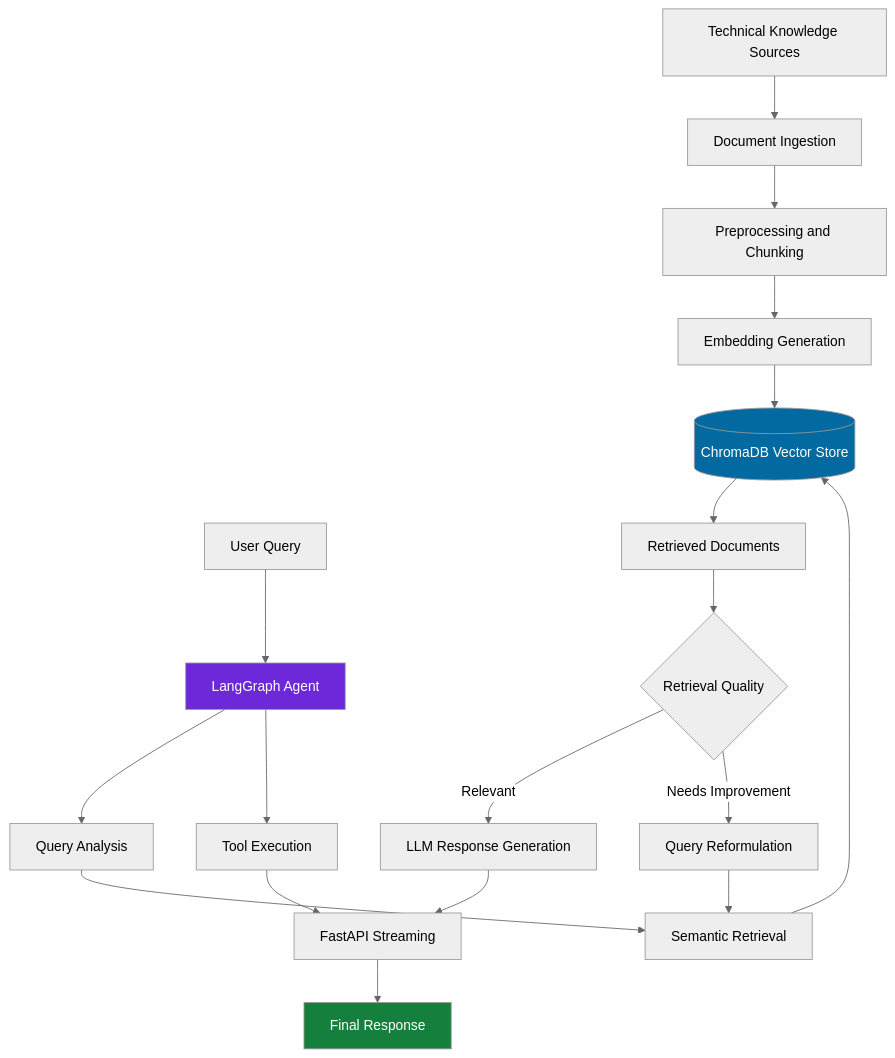
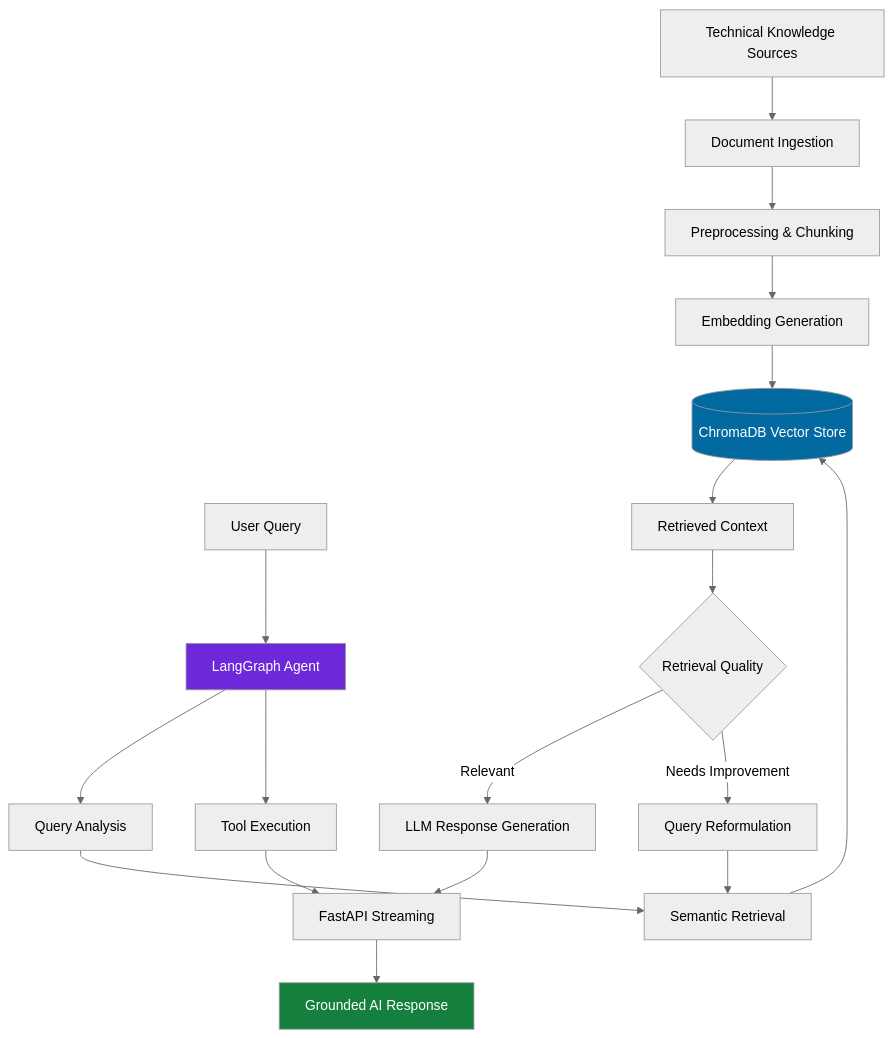
Before and after one commit to Chaman4211/enterprise-agentic-rag-system: the second of 2 diagrams in README.md, drawn with Mermaid (neutral theme). The commit also changed other lines of this file and 14 other files, not shown here.

````diff
--- a/README.md
+++ b/README.md
@@ -142,27 +156,27 @@
 ```mermaid
 flowchart TD
     A["Technical Knowledge Sources"] --> B["Document Ingestion"]
-    B --> C["Preprocessing and Chunking"]
+    B --> C["Preprocessing & Chunking"]
     C --> D["Embedding Generation"]
     D --> E[("ChromaDB Vector Store")]
 
     F["User Query"] --> G["LangGraph Agent"]
     G --> H["Query Analysis"]
     H --> I["Semantic Retrieval"]
     I --> E
-    E --> J["Retrieved Documents"]
+    E --> J["Retrieved Context"]
 
     J --> K{"Retrieval Quality"}
     K -->|Relevant| L["LLM Response Generation"]
     K -->|Needs Improvement| M["Query Reformulation"]
     M --> I
 
     G --> N["Tool Execution"]
     L --> O["FastAPI Streaming"]
     N --> O
-    O --> P["Final Response"]
+    O --> P["Grounded AI Response"]
 
     style G fill:#6d28d9,color:#fff
     style E fill:#0369a1,color:#fff
     style P fill:#15803d,color:#fff
 ```
````
